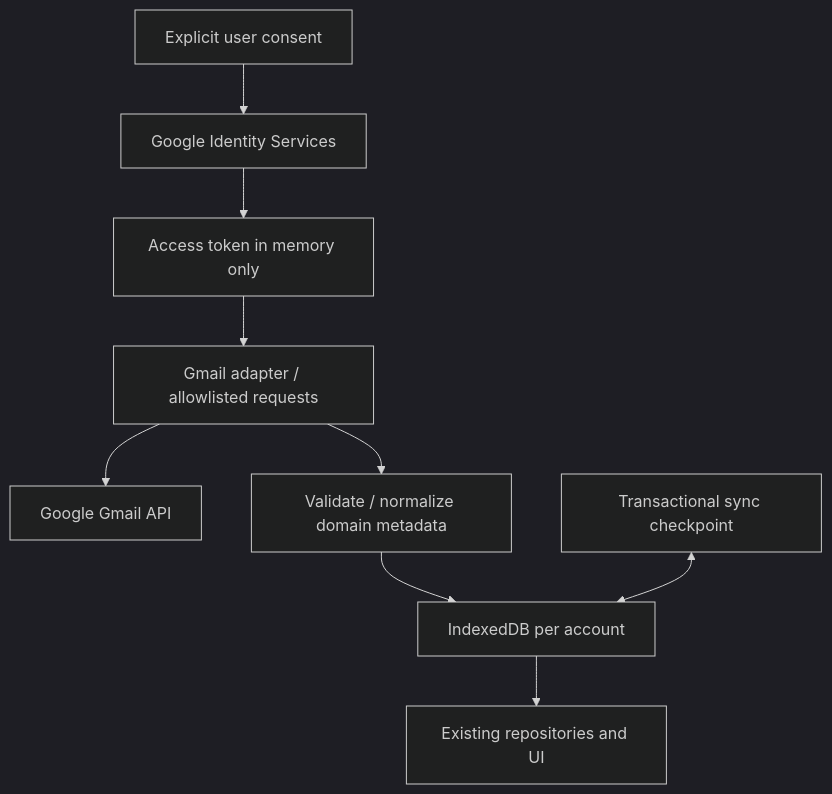
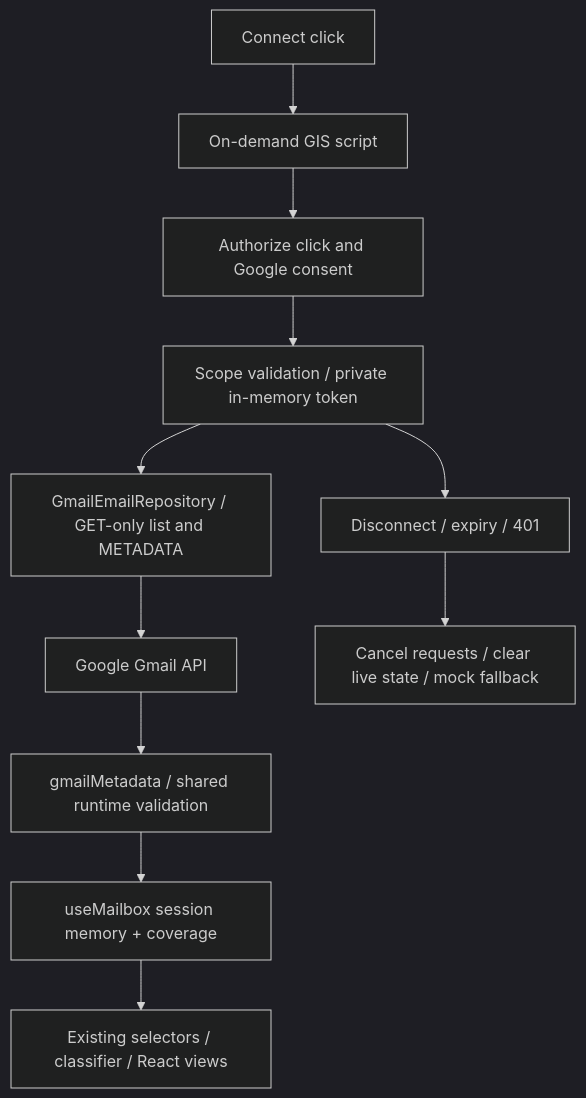
Before and after one commit to kauntiaakash2/inboxintelligence: the second of 2 diagrams in docs/architecture/ARCHITECTURE.md, drawn with Mermaid (dark theme). The commit also changed other lines of this file and 52 other files, not shown here.

Commit message:
feat(gmail): add read-only OAuth, metadata integration and diagnostics

````diff
--- a/docs/architecture/ARCHITECTURE.md
+++ b/docs/architecture/ARCHITECTURE.md
@@ -34,11 +34,13 @@
 ```mermaid
 flowchart TB
-  User[Explicit user consent] --> GIS[Google Identity Services]
-  GIS --> Token[Access token in memory only]
-  Token --> Adapter[Gmail adapter / allowlisted requests]
+  Connect[Connect click] --> SDK[On-demand GIS script]
+  SDK --> Authorize[Authorize click and Google consent]
+  Authorize --> Auth[Scope validation / private in-memory token]
+  Auth --> Adapter[GmailEmailRepository / GET-only list and METADATA]
   Adapter --> Google[Google Gmail API]
-  Adapter --> Normalize[Validate / normalize domain metadata]
-  Normalize --> Cache[IndexedDB per account]
-  Cache --> Views[Existing repositories and UI]
-  Checkpoint[Transactional sync checkpoint] <--> Cache
+  Google --> Normalize[gmailMetadata / shared runtime validation]
+  Normalize --> Session[useMailbox session memory + coverage]
+  Session --> Views[Existing selectors / classifier / React views]
+  Auth --> Expire[Disconnect / expiry / 401]
+  Expire --> Abort[Cancel requests / clear live state / mock fallback]
 ```
````
